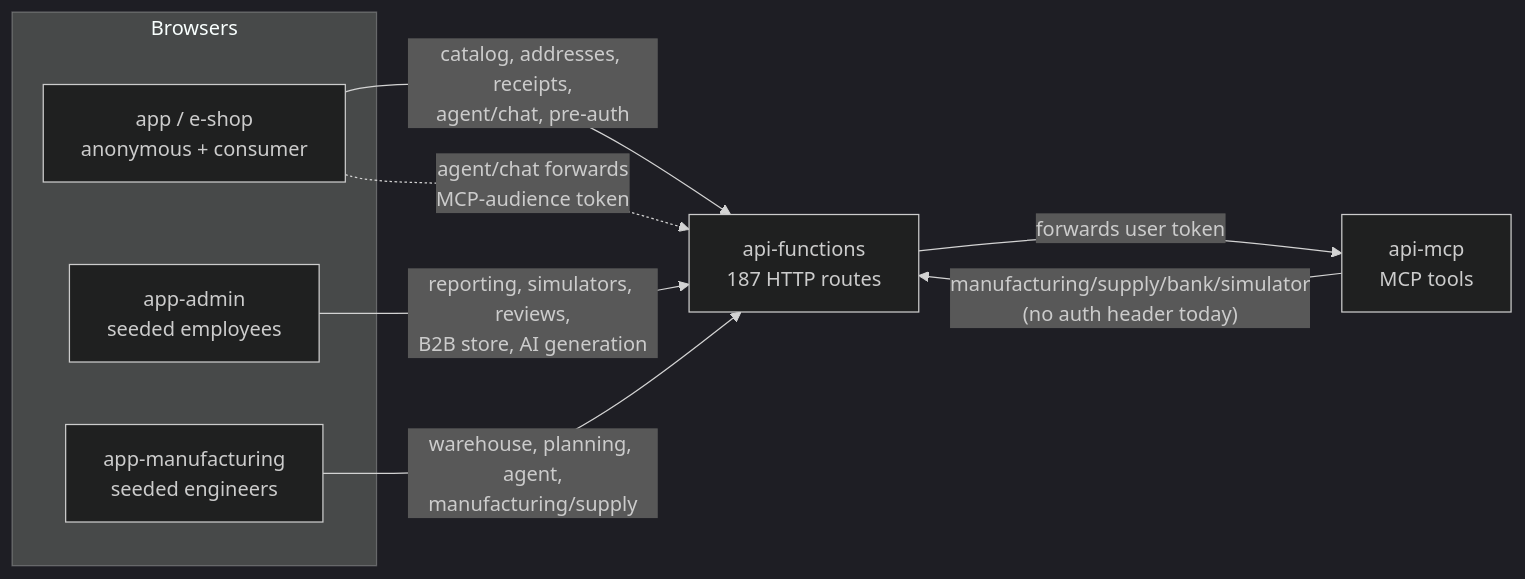
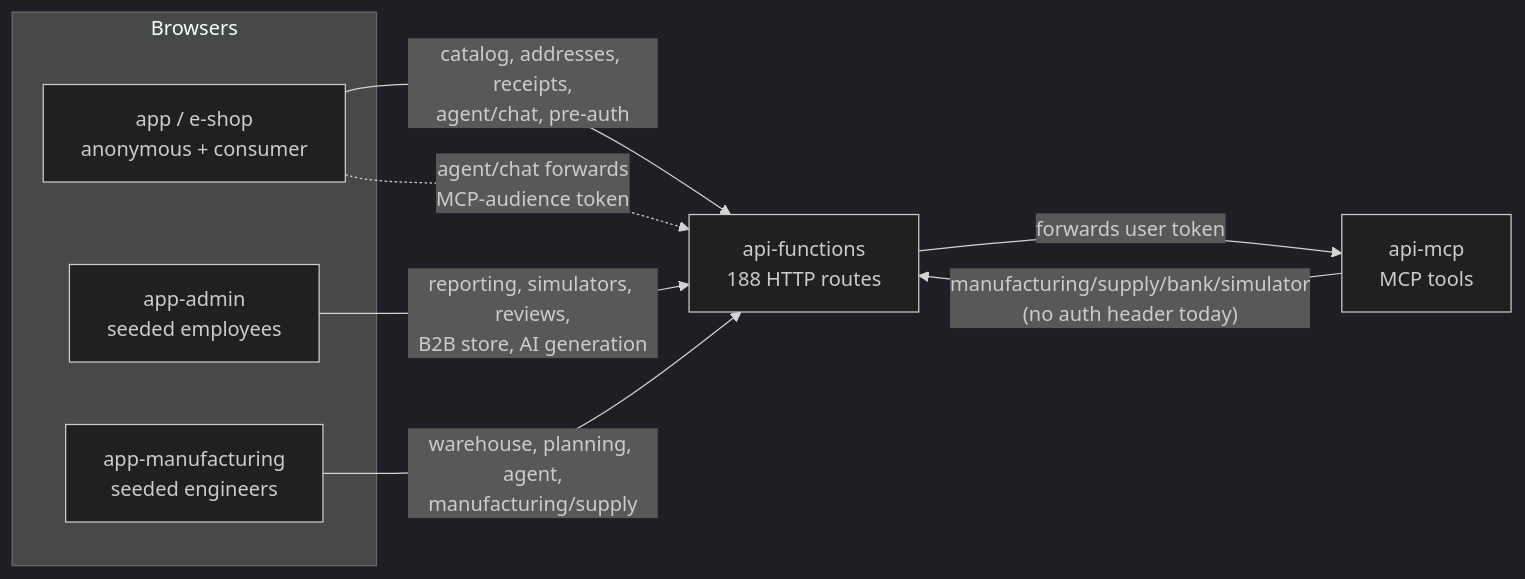
One commit to ahems/AdventureWorks changed the first of 2 diagrams in docs/features/functions-oauth/README.md. Above: the diagram before and after it, drawn with Mermaid (dark theme). The commit also changed other lines of this file and 134 other files, not shown here.

````diff
--- a/docs/features/functions-oauth/README.md
+++ b/docs/features/functions-oauth/README.md
@@ -81,17 +81,17 @@
 ```mermaid
 flowchart LR
   subgraph Browsers
     ESHOP[app / e-shop<br/>anonymous + consumer]
     ADMIN[app-admin<br/>seeded employees]
     MFG[app-manufacturing<br/>seeded engineers]
   end
   MCP[api-mcp<br/>MCP tools]
-  FUNC[api-functions<br/>187 HTTP routes]
+  FUNC[api-functions<br/>188 HTTP routes]
 
   ESHOP -->|catalog, addresses, receipts,<br/>agent/chat, pre-auth| FUNC
   ADMIN -->|reporting, simulators, reviews,<br/>B2B store, AI generation| FUNC
   MFG -->|warehouse, planning, agent,<br/>manufacturing/supply| FUNC
   ESHOP -.->|agent/chat forwards<br/>MCP-audience token| FUNC
   FUNC -->|forwards user token| MCP
   MCP -->|"manufacturing/supply/bank/simulator<br/>(no auth header today)"| FUNC
 ```
````
